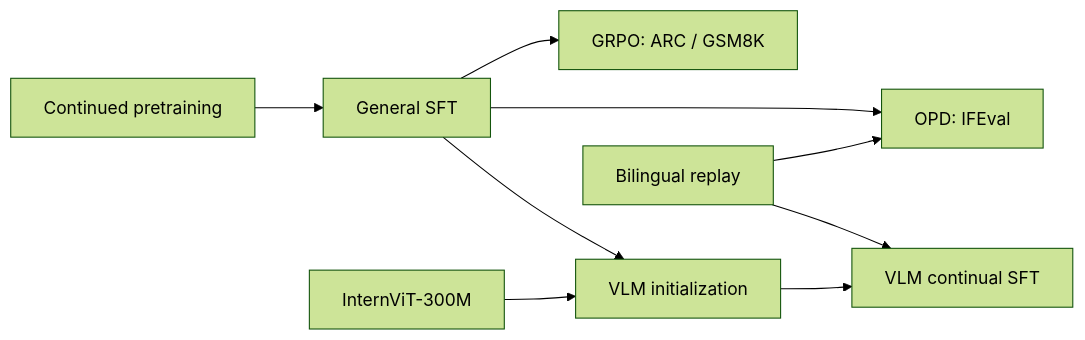
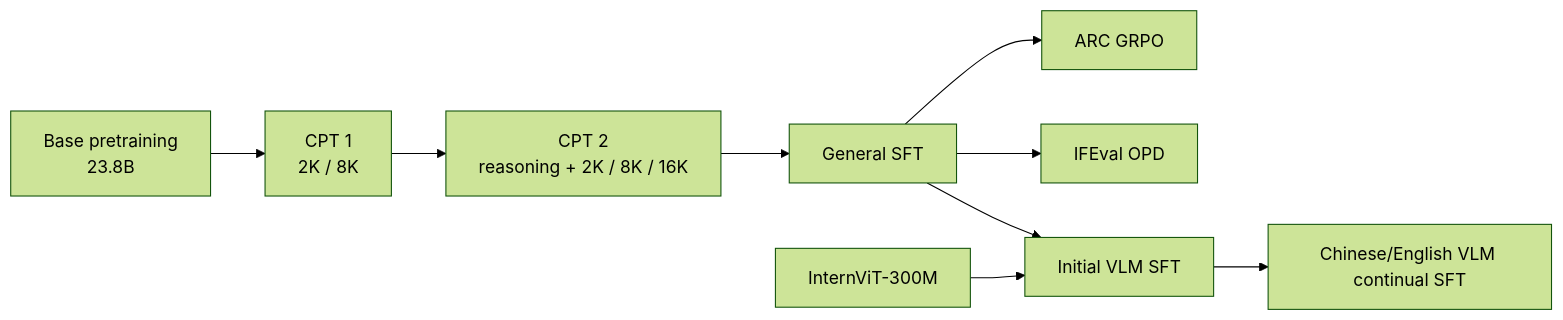
The diagram in README.md (Huanz86251/tinyLLM), drawn with Mermaid (forest theme) before and after one commit. The commit also changed other lines of this file and 96 other files, not shown here.

````diff
--- a/README.md
+++ b/README.md
@@ -32,11 +88,11 @@
 ```mermaid
 flowchart LR
-    A[Continued pretraining] --> B[General SFT]
-    B --> C[GRPO: ARC / GSM8K]
-    B --> D[OPD: IFEval]
-    B --> E[VLM initialization]
-    E --> F[VLM continual SFT]
-    G[InternViT-300M] --> E
-    H[Bilingual replay] --> D
-    H --> F
+    A[Base pretraining<br/>23.8B] --> B[CPT 1<br/>2K / 8K]
+    B --> C[CPT 2<br/>reasoning + 2K / 8K / 16K]
+    C --> D[General SFT]
+    D --> E[ARC GRPO]
+    D --> F[IFEval OPD]
+    D --> G[Initial VLM SFT]
+    H[InternViT-300M] --> G
+    G --> I[Chinese/English VLM continual SFT]
 ```
````
